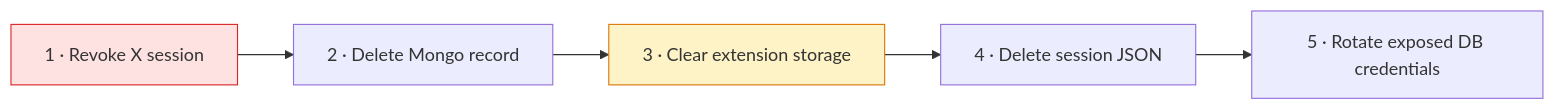
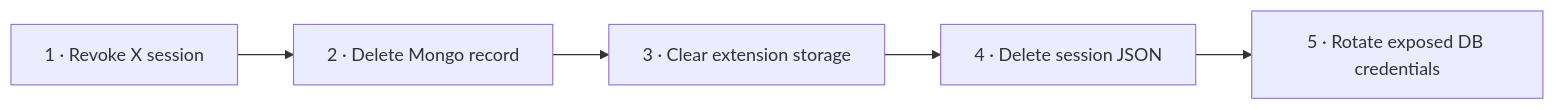
One commit to SidheshwarSarangal/X_feed_extension changed the sixth of 7 diagrams in docs/security-and-privacy.md. Above: the diagram before and after it, drawn with Mermaid. The commit also changed other lines of this file and 4 other files, not shown here.

````diff
--- a/docs/security-and-privacy.md
+++ b/docs/security-and-privacy.md
@@ -116,10 +109,8 @@
 ```mermaid
 flowchart LR
     RevokeX[1 · Revoke X session] --> DeleteMongo[2 · Delete Mongo record]
     DeleteMongo --> ClearChrome[3 · Clear extension storage]
     ClearChrome --> DeleteFiles[4 · Delete session JSON]
     DeleteFiles --> Rotate[5 · Rotate exposed DB credentials]
 
-    style RevokeX fill:#fee2e2,stroke:#dc2626
-    style ClearChrome fill:#fef3c7,stroke:#d97706
 ```
````
